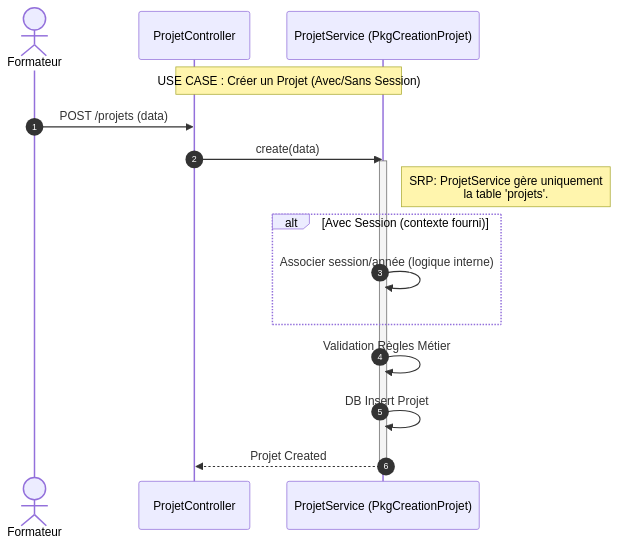
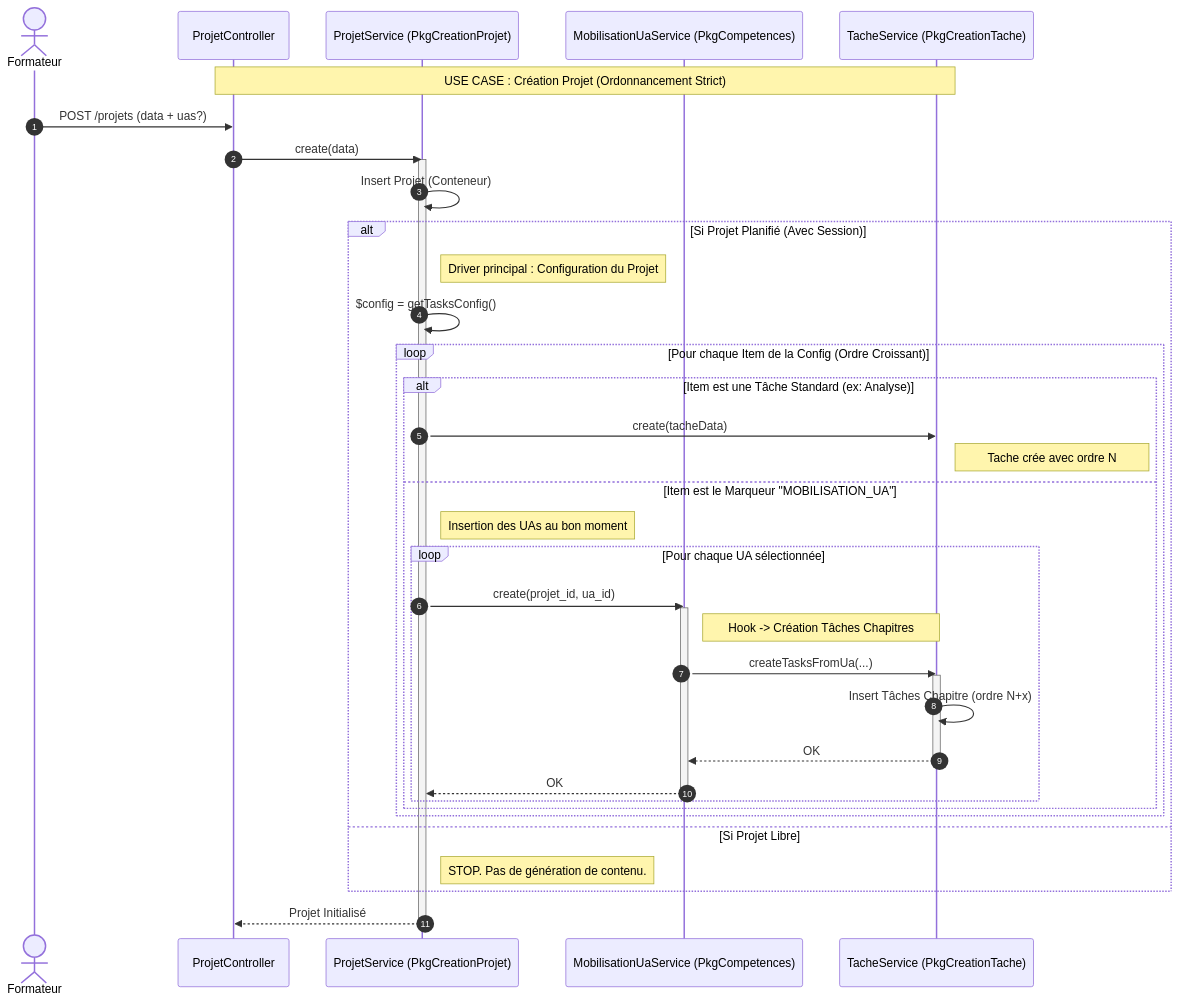
Before and after one commit to solicode-lms/app: the diagram in docs/1.conception/PkgCreationProjet/creation_projet/creation_projet_workflow.mmd, drawn with Mermaid. The commit also changed 4 other files, not shown here.

```diff
--- a/docs/1.conception/PkgCreationProjet/creation_projet/creation_projet_workflow.mmd
+++ b/docs/1.conception/PkgCreationProjet/creation_projet/creation_projet_workflow.mmd
@@ -1,22 +1,51 @@
 sequenceDiagram
     autonumber
     actor Formateur
     participant Ctrl as ProjetController
     participant PS as ProjetService (PkgCreationProjet)
+    participant MS as MobilisationUaService (PkgCompetences)
+    participant TS as TacheService (PkgCreationTache)
 
-    Note over Ctrl, PS: USE CASE : Créer un Projet (Avec/Sans Session)
+    Note over Ctrl, TS: USE CASE : Création Projet (Ordonnancement Strict)
 
-    Formateur->>Ctrl: POST /projets (data)
+    Formateur->>Ctrl: POST /projets (data + uas?)
     Ctrl->>PS: create(data)
     
     activate PS
-    Note right of PS: SRP: ProjetService gère uniquement<br/>la table 'projets'.
+    PS->>PS: Insert Projet (Conteneur)
     
-    alt Avec Session (contexte fourni)
-        PS->>PS: Associer session/année (logique interne)
+    alt Si Projet Planifié (Avec Session)
+        
+        Note right of PS: Driver principal : Configuration du Projet
+        PS->>PS: $config = getTasksConfig()
+        
+        loop Pour chaque Item de la Config (Ordre Croissant)
+            
+            alt Item est une Tâche Standard (ex: Analyse)
+                PS->>TS: create(tacheData)
+                Note right of TS: Tache crée avec ordre N
+            
+            else Item est le Marqueur "MOBILISATION_UA"
+                Note right of PS: Insertion des UAs au bon moment
+                loop Pour chaque UA sélectionnée
+                    PS->>MS: create(projet_id, ua_id)
+                    activate MS
+                    Note right of MS: Hook -> Création Tâches Chapitres
+                    MS->>TS: createTasksFromUa(...)
+                    activate TS
+                    TS->>TS: Insert Tâches Chapitre (ordre N+x)
+                    TS-->>MS: OK
+                    deactivate TS
+                    MS-->>PS: OK
+                    deactivate MS
+                end
+            end
+            
+        end
+
+    else Si Projet Libre
+        Note right of PS: STOP. Pas de génération de contenu.
     end
     
-    PS->>PS: Validation Règles Métier
-    PS->>PS: DB Insert Projet
-    PS-->>Ctrl: Projet Created
+    PS-->>Ctrl: Projet Initialisé
     deactivate PS
```
